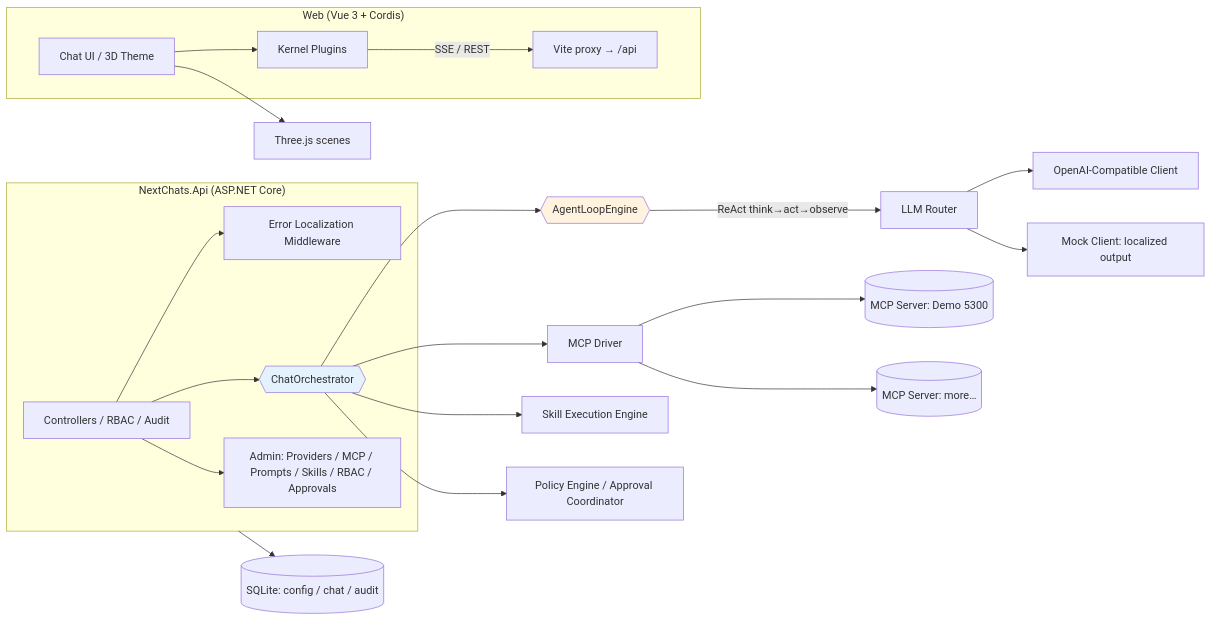
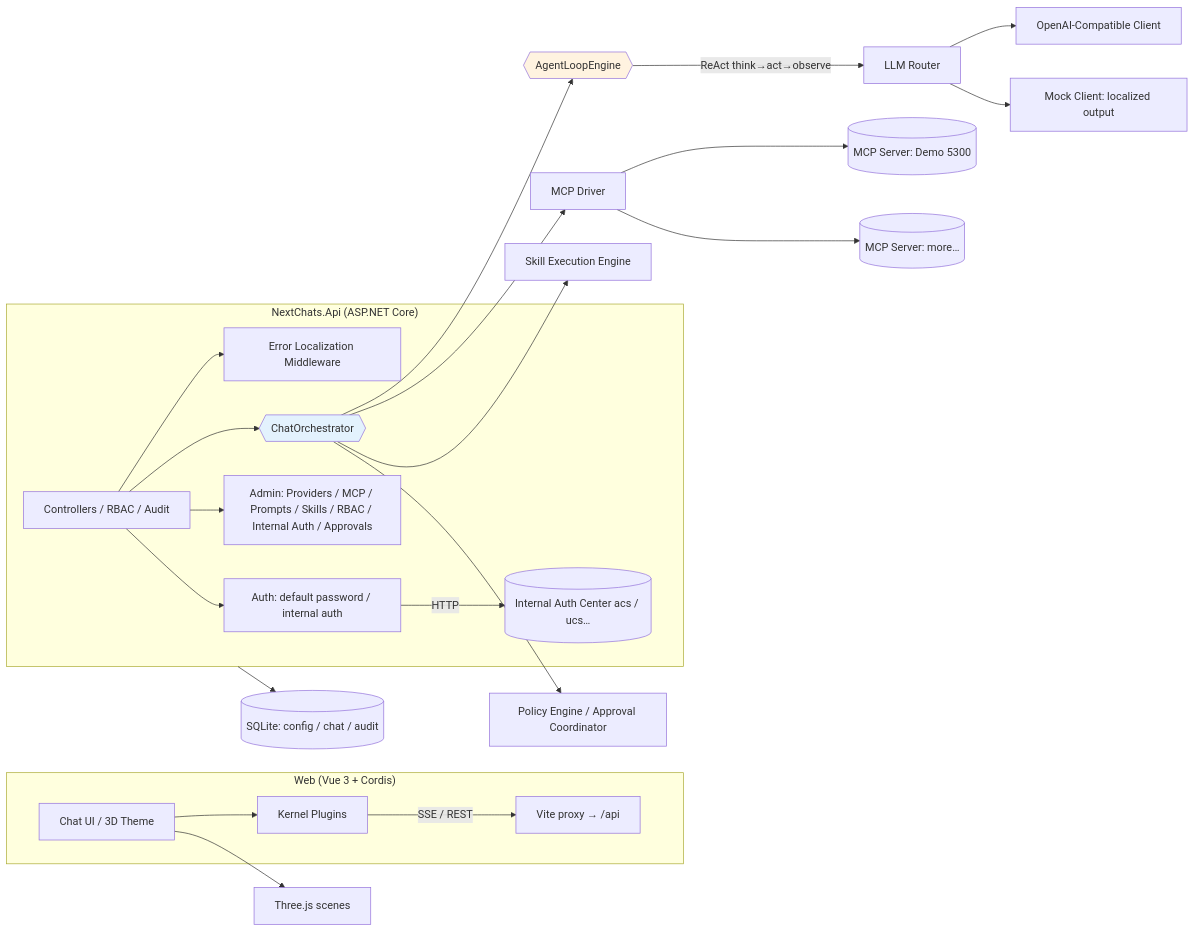
The second of 5 diagrams in README.md (Hopcos/Next-Chats), drawn with Mermaid before and after one commit. The commit also changed other lines of this file and 24 other files, not shown here.

Commit message:
integrated with internal auth system

````diff
--- a/README.md
+++ b/README.md
@@ -199,29 +233,31 @@
 ```mermaid
 flowchart LR
     subgraph Web["Web (Vue 3 + Cordis)"]
         UI[Chat UI / 3D Theme] --> K[Kernel Plugins]
         K -->|SSE / REST| HTTP[Vite proxy → /api]
     end
 
     subgraph Api["NextChats.Api (ASP.NET Core)"]
         Ctl[Controllers / RBAC / Audit] --> Mod[Error Localization Middleware]
         Ctl --> Orch{{ChatOrchestrator}}
-        Ctl --> Adm[Admin: Providers / MCP / Prompts / Skills / RBAC / Approvals]
+        Ctl --> Adm[Admin: Providers / MCP / Prompts / Skills / RBAC / Internal Auth / Approvals]
+        Ctl --> Auth[Auth: default password / internal auth]
+        Auth -->|HTTP| IA[(Internal Auth Center acs / ucs…)]
     end
 
     Orch --> Loop{{AgentLoopEngine}}
     Loop -->|ReAct think→act→observe| Router[LLM Router]
     Router --> OpenAI[OpenAI-Compatible Client]
     Router --> Mock[Mock Client: localized output]
     Orch --> Driver[MCP Driver]
     Driver --> MCP1[(MCP Server: Demo 5300)]
     Driver --> MCP2[(MCP Server: more…)]
     Orch --> Skills[Skill Execution Engine]
     Orch --> Policy[Policy Engine / Approval Coordinator]
 
     Api --> DB[(SQLite: config / chat / audit)]
     UI --> V3[Three.js scenes]
 
     style Orch fill:#e3f2fd
     style Loop fill:#fff3e0
 ```
````
